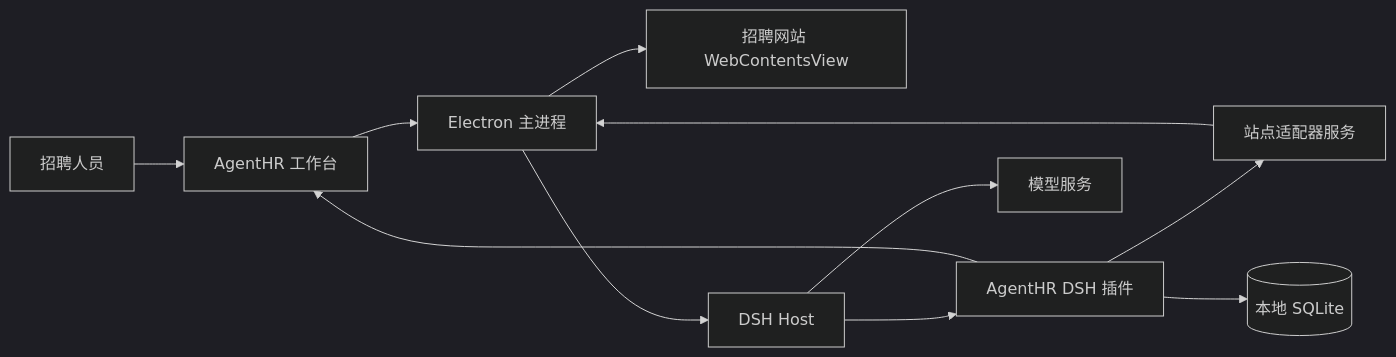
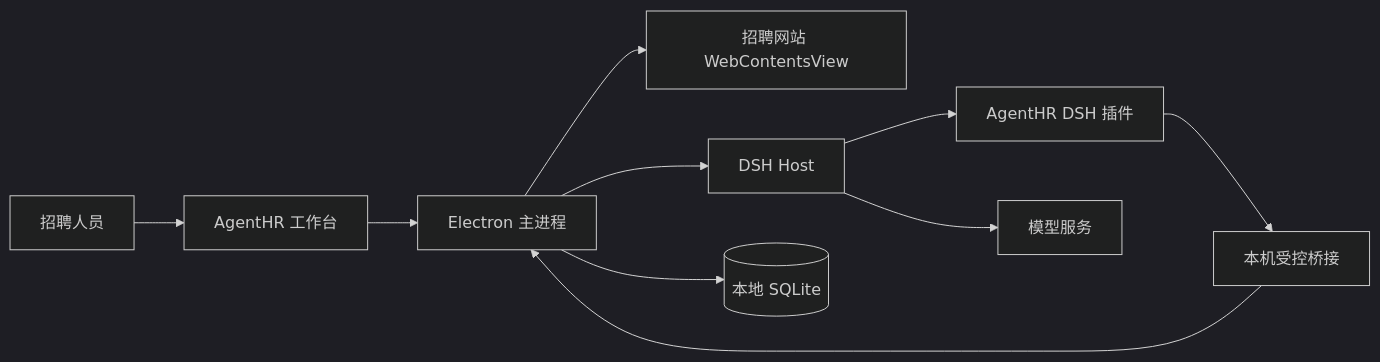
Before and after one commit to auenger/HRAgent: the diagram in 技术栈与实现方案.md, drawn with Mermaid (dark theme). The commit also changed other lines of this file and 1 other file, not shown here.

````diff
--- a/技术栈与实现方案.md
+++ b/技术栈与实现方案.md
@@ -32,13 +34,12 @@
 ```mermaid
 flowchart LR
   HR[招聘人员] --> UI[AgentHR 工作台]
   UI --> Main[Electron 主进程]
   Main --> Site[招聘网站 WebContentsView]
   Main --> Host[DSH Host]
   Host --> Plugin[AgentHR DSH 插件]
-  Plugin --> Adapter[站点适配器服务]
-  Adapter --> Main
-  Plugin --> DB[(本地 SQLite)]
+  Plugin --> Bridge[本机受控桥接]
+  Bridge --> Main
+  Main --> DB[(本地 SQLite)]
   Host --> Model[模型服务]
-  Plugin --> UI
 ```
````
